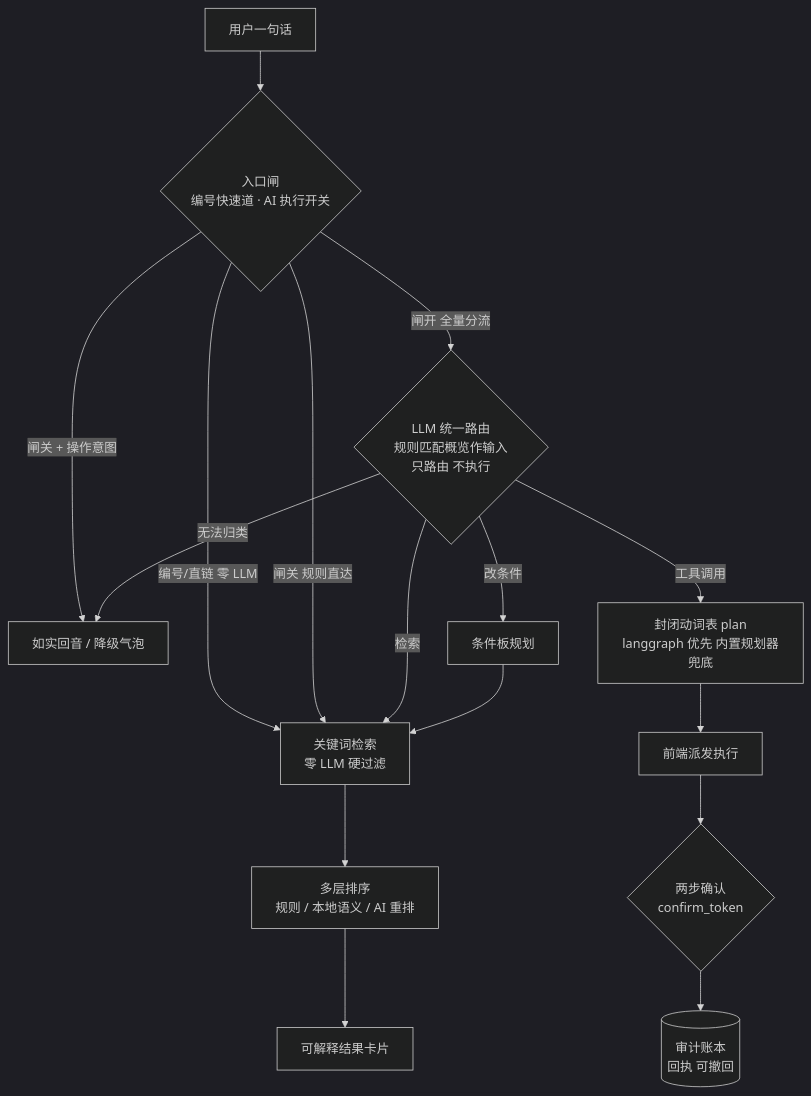
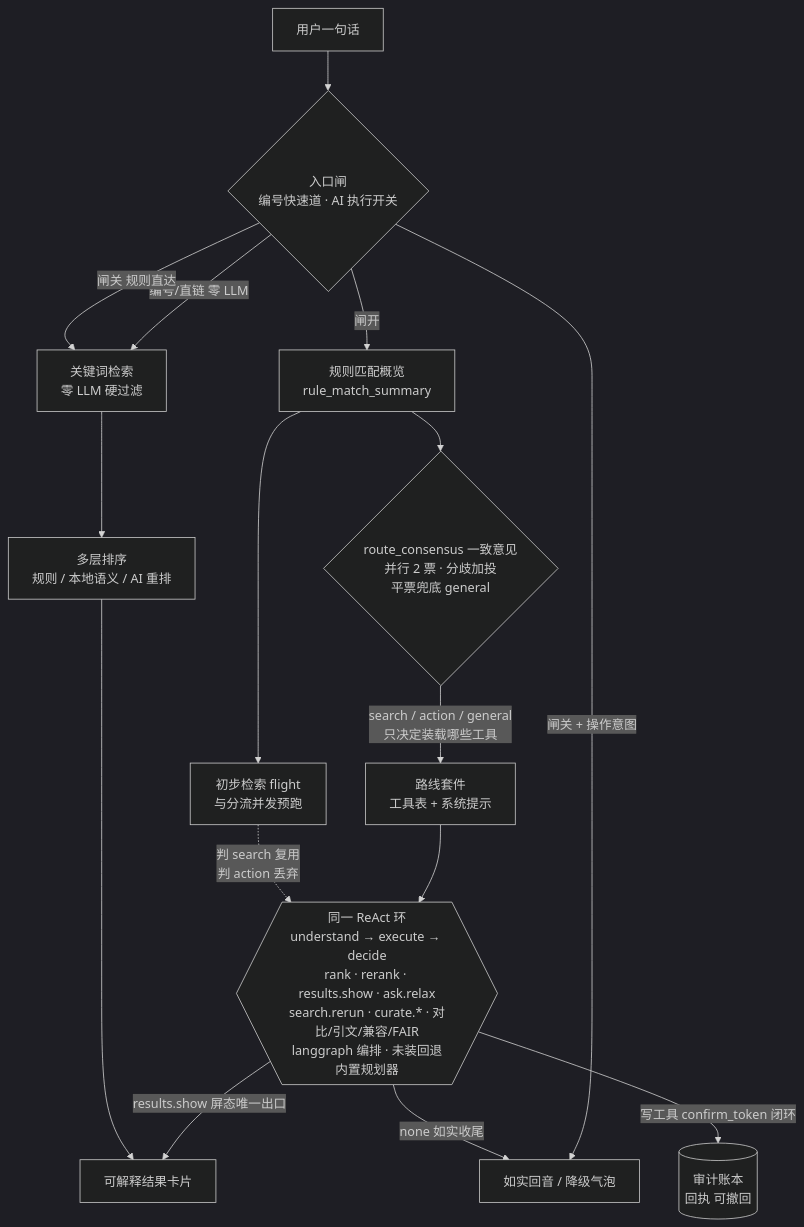
The diagram in README.md (hty8870/biodata-agent), drawn with Mermaid (dark theme) before and after one commit. The commit also changed other lines of this file and 469 other files, not shown here.

````diff
--- a/README.md
+++ b/README.md
@@ -70,18 +70,18 @@
 ```mermaid
 flowchart TD
     Q[用户一句话] --> G{入口闸<br/>编号快速道 · AI 执行开关}
     G -->|编号/直链 零 LLM| K[关键词检索<br/>零 LLM 硬过滤]
     G -->|闸关 规则直达| K
     G -->|闸关 + 操作意图| N[如实回音 / 降级气泡]
-    G -->|闸开 全量分流| R{LLM 统一路由<br/>规则匹配概览作输入<br/>只路由 不执行}
-    R -->|检索| K
-    R -->|改条件| B[条件板规划]
-    B --> K
-    R -->|工具调用| P[封闭动词表 plan<br/>langgraph 优先 内置规划器兜底]
-    R -->|无法归类| N
+    G -->|闸开| RM[规则匹配概览<br/>rule_match_summary]
+    RM --> PRE[初步检索 flight<br/>与分流并发预跑]
+    RM --> RC{route_consensus 一致意见<br/>并行 2 票 · 分歧加投<br/>平票兜底 general}
+    RC -->|search / action / general<br/>只决定装载哪些工具| S[路线套件<br/>工具表 + 系统提示]
+    S --> L{{同一 ReAct 环<br/>understand → execute → decide<br/>rank · rerank · results.show · ask.relax<br/>search.rerun · curate.* · 对比/引文/兼容/FAIR<br/>langgraph 编排 · 未装回退内置规划器}}
+    PRE -.->|判 search 复用<br/>判 action 丢弃| L
+    L -->|results.show 屏态唯一出口| C[可解释结果卡片]
+    L -->|写工具 confirm_token 闭环| A[(审计账本<br/>回执 可撤回)]
+    L -->|none 如实收尾| N
     K --> F[多层排序<br/>规则 / 本地语义 / AI 重排]
-    F --> C[可解释结果卡片]
-    P --> T[前端派发执行]
-    T --> CF{两步确认<br/>confirm_token}
-    CF --> L[(审计账本<br/>回执 可撤回)]
+    F --> C
 ```
````
